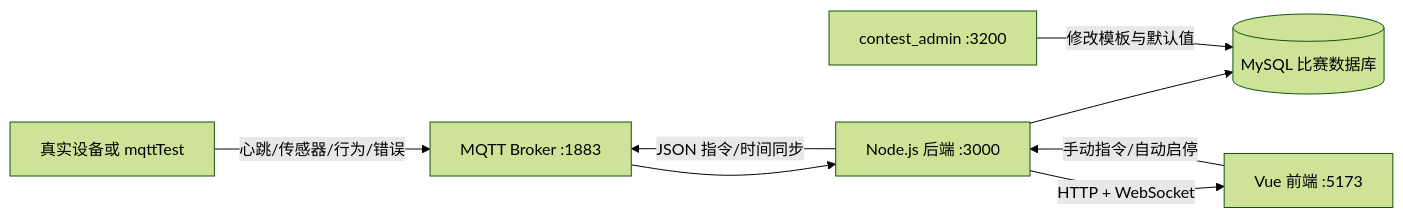
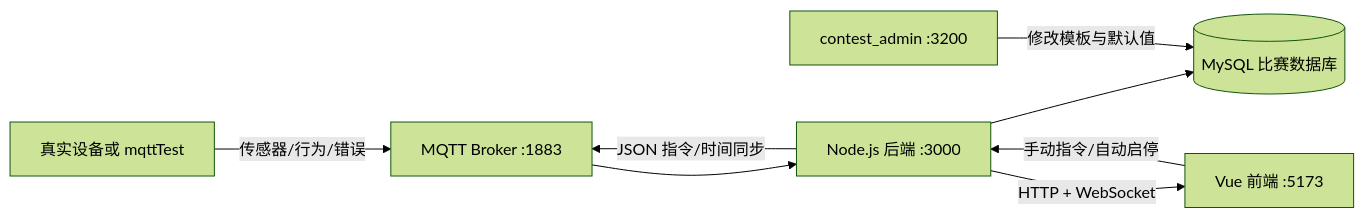
One commit to sin6626/26InterThing changed the first of 2 diagrams in 功能完成情况与测试说明书.md. Above: the diagram before and after it, drawn with Mermaid (forest theme). The commit also changed other lines of this file and 19 other files, not shown here.

````diff
--- a/功能完成情况与测试说明书.md
+++ b/功能完成情况与测试说明书.md
@@ -13,10 +15,10 @@
 ```mermaid
 flowchart LR
-    A[真实设备或 mqttTest] -->|心跳/传感器/行为/错误| B[MQTT Broker :1883]
+    A[真实设备或 mqttTest] -->|传感器/行为/错误| B[MQTT Broker :1883]
     B --> C[Node.js 后端 :3000]
     C --> D[(MySQL 比赛数据库)]
     C -->|HTTP + WebSocket| E[Vue 前端 :5173]
     E -->|手动指令/自动启停| C
     C -->|JSON 指令/时间同步| B
     F[contest_admin :3200] -->|修改模板与默认值| D
 ```
````
